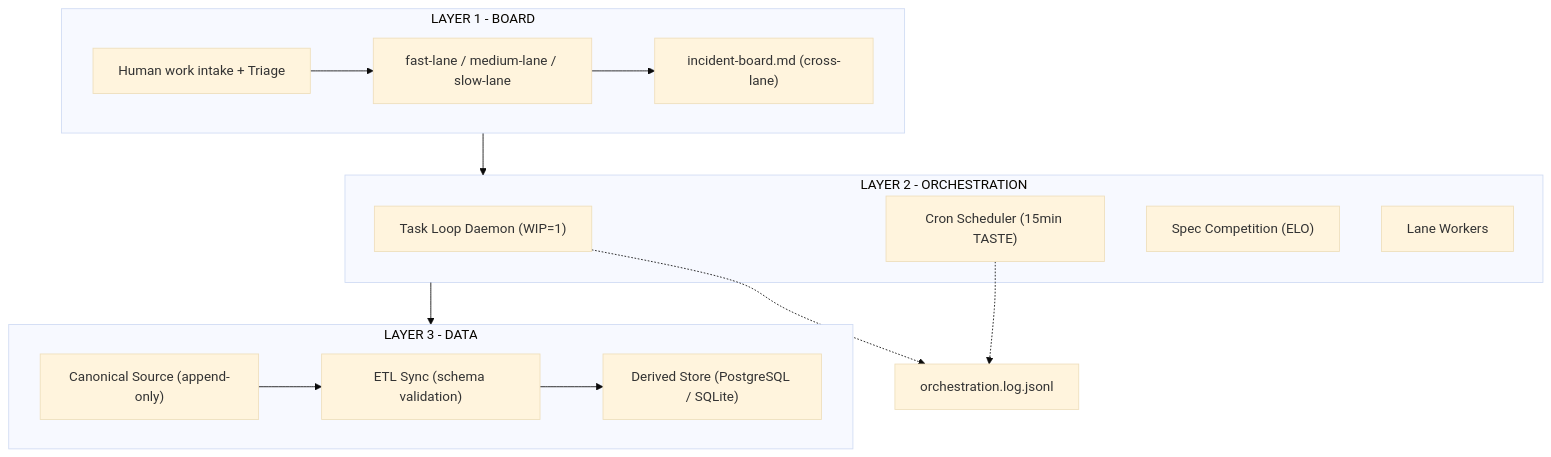
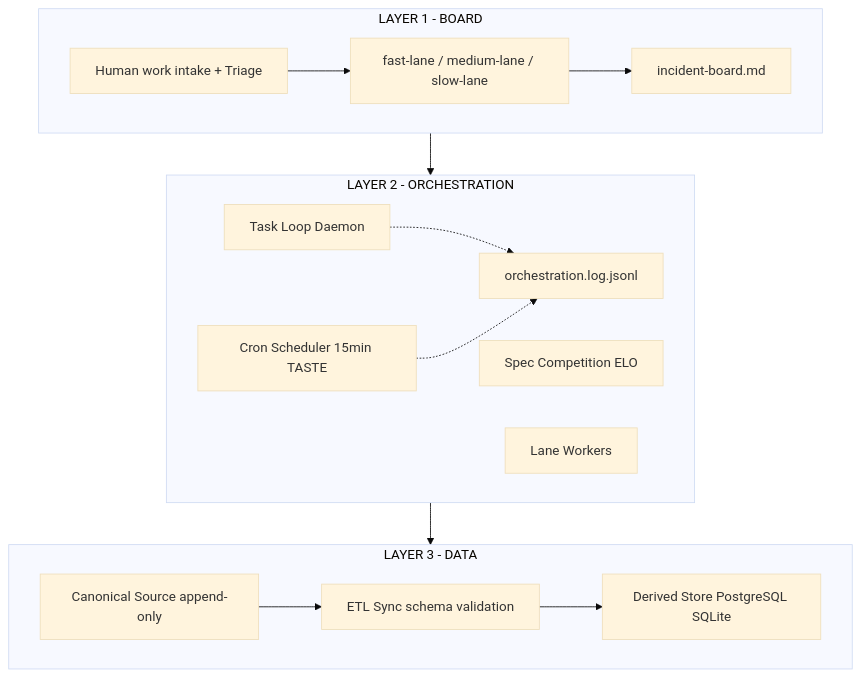
The first of 6 diagrams in README.md (mmartoccia/ghost-orchestration-pattern), drawn with Mermaid (base theme) before and after one commit. The commit also changed other lines of this file, not shown here.

First line of the commit message:
Fix Mermaid: use graph keyword, multi-letter IDs, no cross-subgraph external refs

````diff
--- a/README.md
+++ b/README.md
@@ -47,26 +47,27 @@
 ```mermaid
-flowchart TB
-    subgraph B["LAYER 1 - BOARD"]
-        L1["Human work intake + Triage"]
+graph TB
+    subgraph BOARD["LAYER 1 - BOARD"]
+        INTAKE["Human work intake + Triage"]
         LANES["fast-lane / medium-lane / slow-lane"]
-        INC["incident-board.md (cross-lane)"]
-        L1 --> LANES
+        INC["incident-board.md"]
+        INTAKE --> LANES
         LANES --> INC
     end
-    B --> O
-    subgraph O["LAYER 2 - ORCHESTRATION"]
-        L["Task Loop Daemon (WIP=1)"]
-        C["Cron Scheduler (15min TASTE)"]
-        S["Spec Competition (ELO)"]
-        W["Lane Workers"]
+    subgraph ORCH["LAYER 2 - ORCHESTRATION"]
+        DAEMON["Task Loop Daemon"]
+        CRONJ["Cron Scheduler 15min TASTE"]
+        SPEC["Spec Competition ELO"]
+        WORKERS["Lane Workers"]
+        OLOG["orchestration.log.jsonl"]
+        DAEMON -.-> OLOG
+        CRONJ -.-> OLOG
     end
-    O --> D
-    subgraph D["LAYER 3 - DATA"]
-        P["Canonical Source (append-only)"]
-        Y["ETL Sync (schema validation)"]
-        R["Derived Store (PostgreSQL / SQLite)"]
-        P --> Y --> R
+    subgraph DATA["LAYER 3 - DATA"]
+        CANON["Canonical Source append-only"]
+        ETL["ETL Sync schema validation"]
+        STORE["Derived Store PostgreSQL SQLite"]
+        CANON --> ETL --> STORE
     end
-    L -.-> LOG["orchestration.log.jsonl"]
-    C -.-> LOG
+    BOARD --> ORCH
+    ORCH --> DATA
 ```
````
